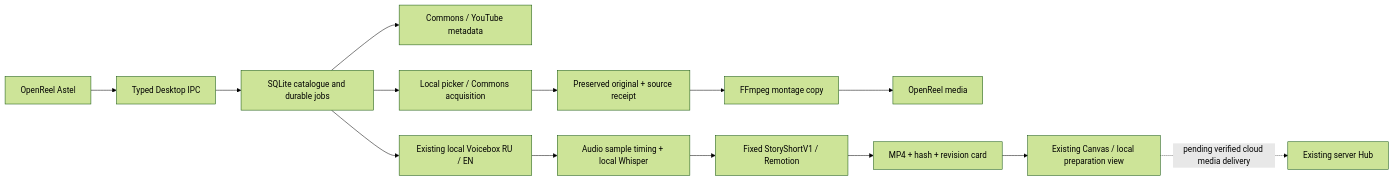
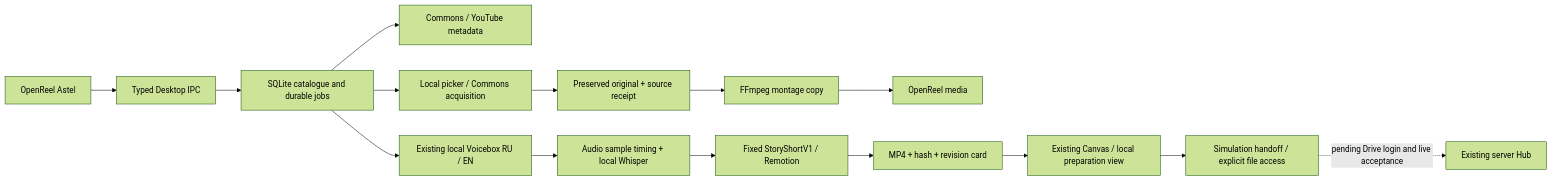
The diagram in docs/openreel/MEDIA_WORKSPACE.md (asteloleh-gif/video-editor), drawn with Mermaid (forest theme) before and after one commit. The commit also changed other lines of this file and 17 other files, not shown here.

Commit message:
Add simulation Hub handoff and owner Drive recovery to Canvas

````diff
--- a/docs/openreel/MEDIA_WORKSPACE.md
+++ b/docs/openreel/MEDIA_WORKSPACE.md
@@ -35,16 +35,17 @@
 ```mermaid
 flowchart LR
   UI[OpenReel Astel] --> IPC[Typed Desktop IPC]
   IPC --> DB[SQLite catalogue and durable jobs]
   DB --> Search[Commons / YouTube metadata]
   DB --> Acquire[Local picker / Commons acquisition]
   Acquire --> RAW[Preserved original + source receipt]
   RAW --> FF[FFmpeg montage copy]
   FF --> Editor[OpenReel media]
   DB --> Voice[Existing local Voicebox RU / EN]
   Voice --> Timing[Audio sample timing + local Whisper]
   Timing --> Render[Fixed StoryShortV1 / Remotion]
   Render --> Review[MP4 + hash + revision card]
   Review --> Canvas[Existing Canvas / local preparation view]
-  Canvas -. pending verified cloud media delivery .-> Hub[Existing server Hub]
+  Canvas --> Handoff[Simulation handoff / explicit file access]
+  Handoff -. pending Drive login and live acceptance .-> Hub[Existing server Hub]
 ```
````
